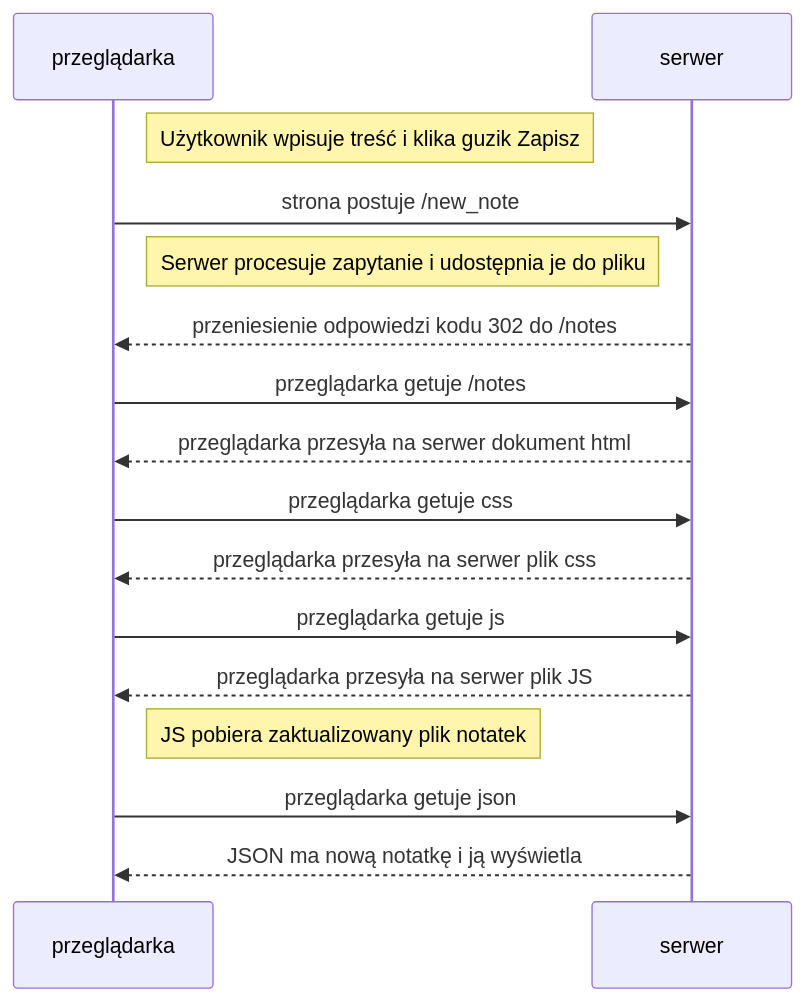
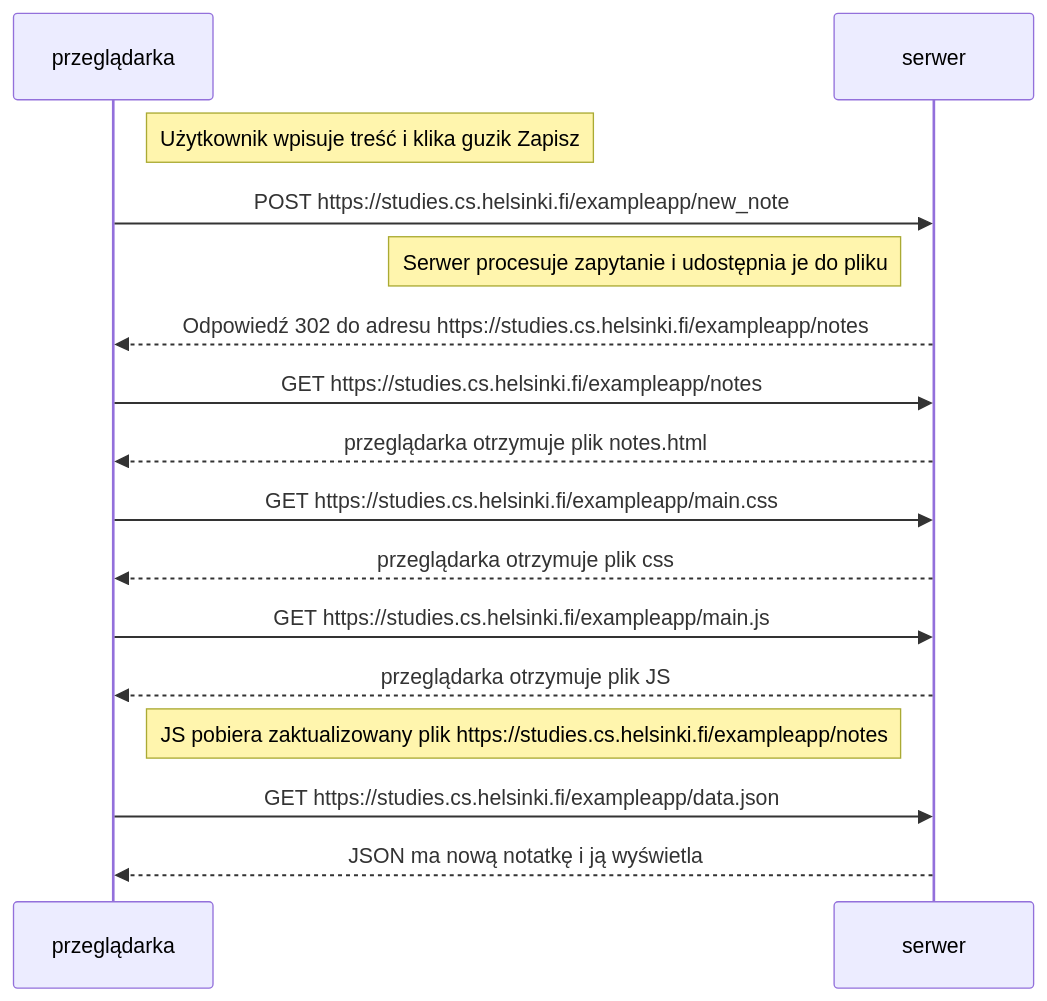
Before and after one commit to hfbcgg/fullstackzadania: the diagram in zadanie 0.4/zadanie04moczek.mmd, drawn with Mermaid.

Commit message:
Update zadania

```diff
--- a/zadanie 0.4/zadanie04moczek.mmd
+++ b/zadanie 0.4/zadanie04moczek.mmd
@@ -1,17 +1,17 @@
 sequenceDiagram
     participant przeglądarka
     participant serwer
 
     Note right of przeglądarka: Użytkownik wpisuje treść i klika guzik Zapisz
-    przeglądarka->>serwer: strona postuje /new_note
+    przeglądarka->>serwer: POST https://studies.cs.helsinki.fi/exampleapp/new_note
     Note left of serwer: Serwer procesuje zapytanie i udostępnia je do pliku
-    serwer-->>przeglądarka: przeniesienie odpowiedzi kodu 302 do /notes
-    przeglądarka->>serwer: przeglądarka getuje /notes
-    serwer-->>przeglądarka: przeglądarka przesyła na serwer dokument html
-    przeglądarka->>serwer: przeglądarka getuje css
-    serwer-->>przeglądarka: przeglądarka przesyła na serwer plik css
-    przeglądarka->>serwer: przeglądarka getuje js
-    serwer-->>przeglądarka: przeglądarka przesyła na serwer plik JS
-    Note right of przeglądarka: JS pobiera zaktualizowany plik notatek
-    przeglądarka->>serwer: przeglądarka getuje json
+    serwer-->>przeglądarka: Odpowiedź 302 do adresu https://studies.cs.helsinki.fi/exampleapp/notes
+    przeglądarka->>serwer: GET https://studies.cs.helsinki.fi/exampleapp/notes
+    serwer-->>przeglądarka: przeglądarka otrzymuje plik notes.html
+    przeglądarka->>serwer: GET https://studies.cs.helsinki.fi/exampleapp/main.css
+    serwer-->>przeglądarka: przeglądarka otrzymuje plik css
+    przeglądarka->>serwer: GET https://studies.cs.helsinki.fi/exampleapp/main.js
+    serwer-->>przeglądarka: przeglądarka otrzymuje plik JS
+    Note right of przeglądarka: JS pobiera zaktualizowany plik https://studies.cs.helsinki.fi/exampleapp/notes
+    przeglądarka->>serwer: GET https://studies.cs.helsinki.fi/exampleapp/data.json
     serwer-->>przeglądarka: JSON ma nową notatkę i ją wyświetla
```
